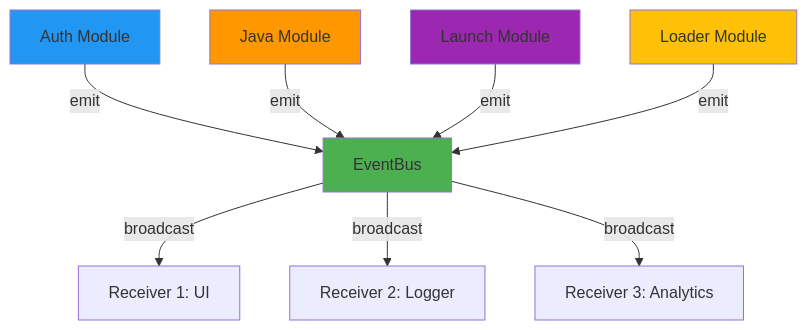
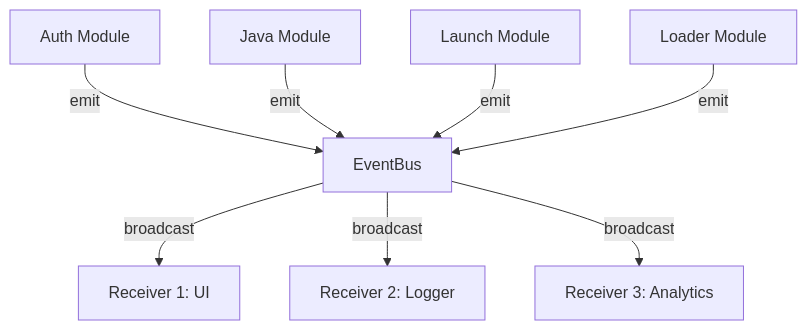
Before and after one commit to miguelkix30/LightyLauncherLib: the diagram in crates/event/docs/architecture.md, drawn with Mermaid. The commit also changed 3 other files, not shown here.

````diff
--- a/crates/event/docs/architecture.md
+++ b/crates/event/docs/architecture.md
@@ -5,17 +5,11 @@
 ```mermaid
-graph TD
-    A[EventBus] -->|broadcast| B[Receiver 1: UI]
-    A -->|broadcast| C[Receiver 2: Logger]
-    A -->|broadcast| D[Receiver 3: Analytics]
-
-    E[Auth Module] -->|emit| A
+flowchart TD
+    E[Auth Module] -->|emit| A[EventBus]
     F[Java Module] -->|emit| A
     G[Launch Module] -->|emit| A
     H[Loader Module] -->|emit| A
 
-    style A fill:#4CAF50
-    style E fill:#2196F3
-    style F fill:#FF9800
-    style G fill:#9C27B0
-    style H fill:#FFC107
+    A -->|broadcast| B[Receiver 1: UI]
+    A -->|broadcast| C[Receiver 2: Logger]
+    A -->|broadcast| D[Receiver 3: Analytics]
 ```
````
